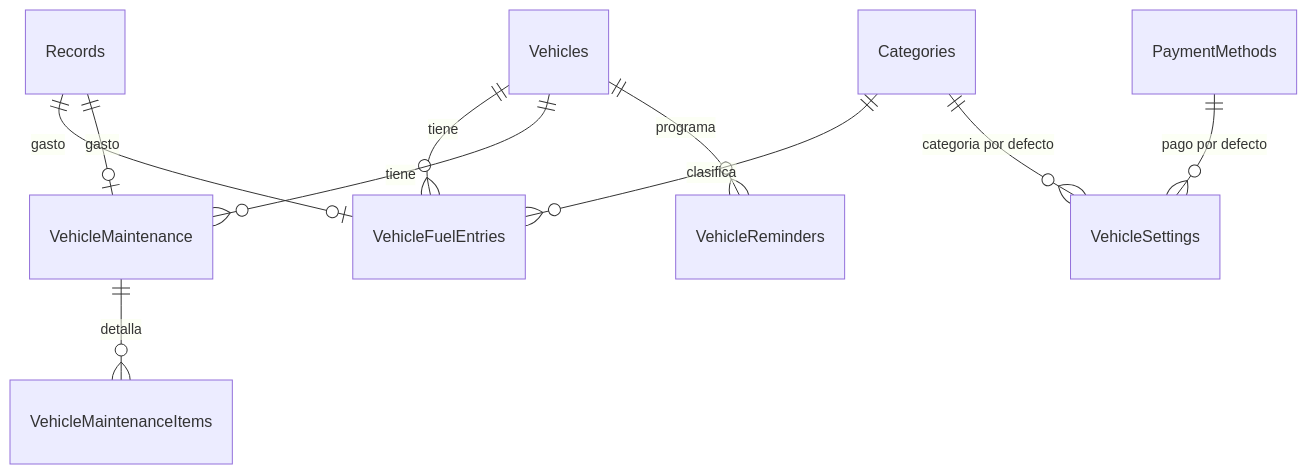
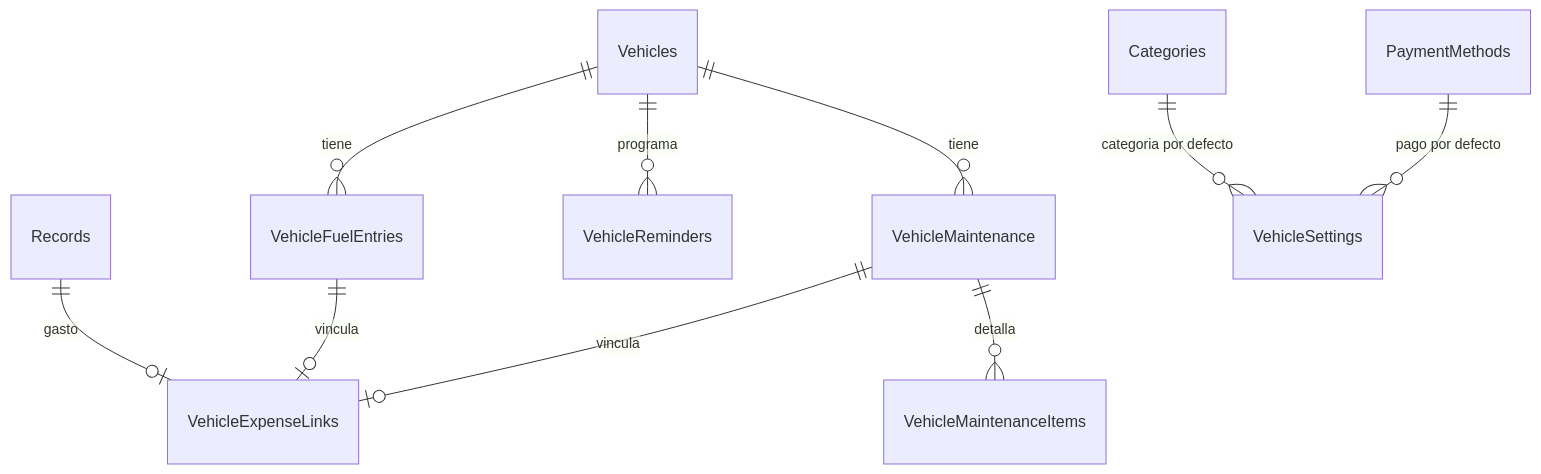
One commit to Ronald-Benitez/PocketTool changed the diagram in docs/vehicle-plan.md. Above: the diagram before and after it, drawn with Mermaid. The commit also changed other lines of this file and 1 other file, not shown here.

First line of the commit message:
docs(vehicle): allow linking existing expenses

````diff
--- a/docs/vehicle-plan.md
+++ b/docs/vehicle-plan.md
@@ -177,12 +178,12 @@
 ```mermaid
 erDiagram
   Vehicles ||--o{ VehicleFuelEntries : "tiene"
   Vehicles ||--o{ VehicleMaintenance : "tiene"
   Vehicles ||--o{ VehicleReminders : "programa"
   VehicleMaintenance ||--o{ VehicleMaintenanceItems : "detalla"
-  Records ||--o| VehicleFuelEntries : "gasto"
-  Records ||--o| VehicleMaintenance : "gasto"
-  Categories ||--o{ VehicleFuelEntries : "clasifica"
+  Records ||--o| VehicleExpenseLinks : "gasto"
+  VehicleFuelEntries ||--o| VehicleExpenseLinks : "vincula"
+  VehicleMaintenance ||--o| VehicleExpenseLinks : "vincula"
   Categories ||--o{ VehicleSettings : "categoria por defecto"
   PaymentMethods ||--o{ VehicleSettings : "pago por defecto"
 ```
````
